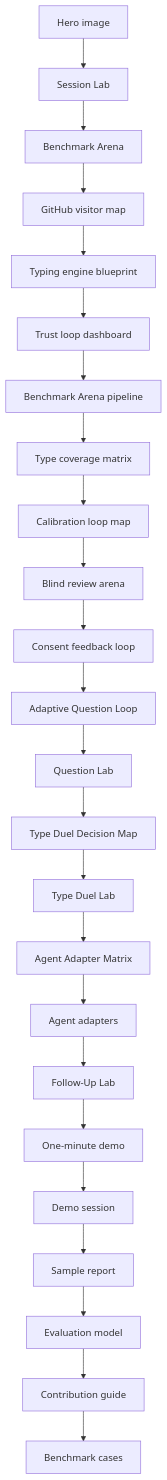
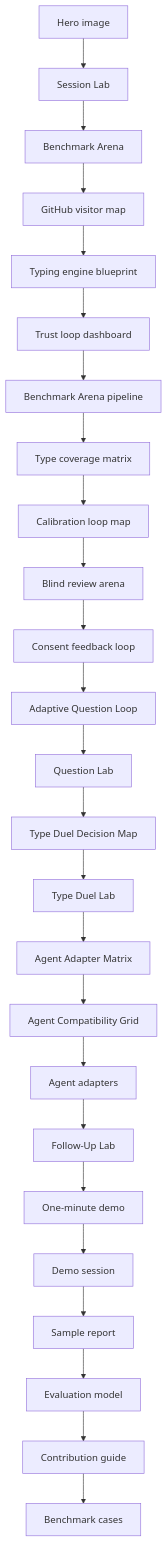
One commit to Zaoqu-Liu/mbti-typing-skill changed the diagram in docs/visual-tour.md. Above: the diagram before and after it, drawn with Mermaid. The commit also changed other lines of this file and 28 other files, not shown here.

Commit message:
Expand agent compatibility

````diff
--- a/docs/visual-tour.md
+++ b/docs/visual-tour.md
@@ -264,26 +282,27 @@
 ```mermaid
 flowchart TD
     A[Hero image] --> B[Session Lab]
     B --> C[Benchmark Arena]
     C --> D[GitHub visitor map]
     D --> E[Typing engine blueprint]
     E --> F[Trust loop dashboard]
     F --> G[Benchmark Arena pipeline]
     G --> H[Type coverage matrix]
     H --> I[Calibration loop map]
     I --> J[Blind review arena]
     J --> K[Consent feedback loop]
     K --> L[Adaptive Question Loop]
     L --> M[Question Lab]
     M --> N[Type Duel Decision Map]
     N --> O[Type Duel Lab]
     O --> P[Agent Adapter Matrix]
-    P --> Q[Agent adapters]
-    Q --> R[Follow-Up Lab]
-    R --> S[One-minute demo]
-    S --> T[Demo session]
-    T --> U[Sample report]
-    U --> V[Evaluation model]
-    V --> W[Contribution guide]
-    W --> X[Benchmark cases]
+    P --> Q[Agent Compatibility Grid]
+    Q --> R[Agent adapters]
+    R --> S[Follow-Up Lab]
+    S --> T[One-minute demo]
+    T --> U[Demo session]
+    U --> V[Sample report]
+    V --> W[Evaluation model]
+    W --> X[Contribution guide]
+    X --> Y[Benchmark cases]
 ```
````
